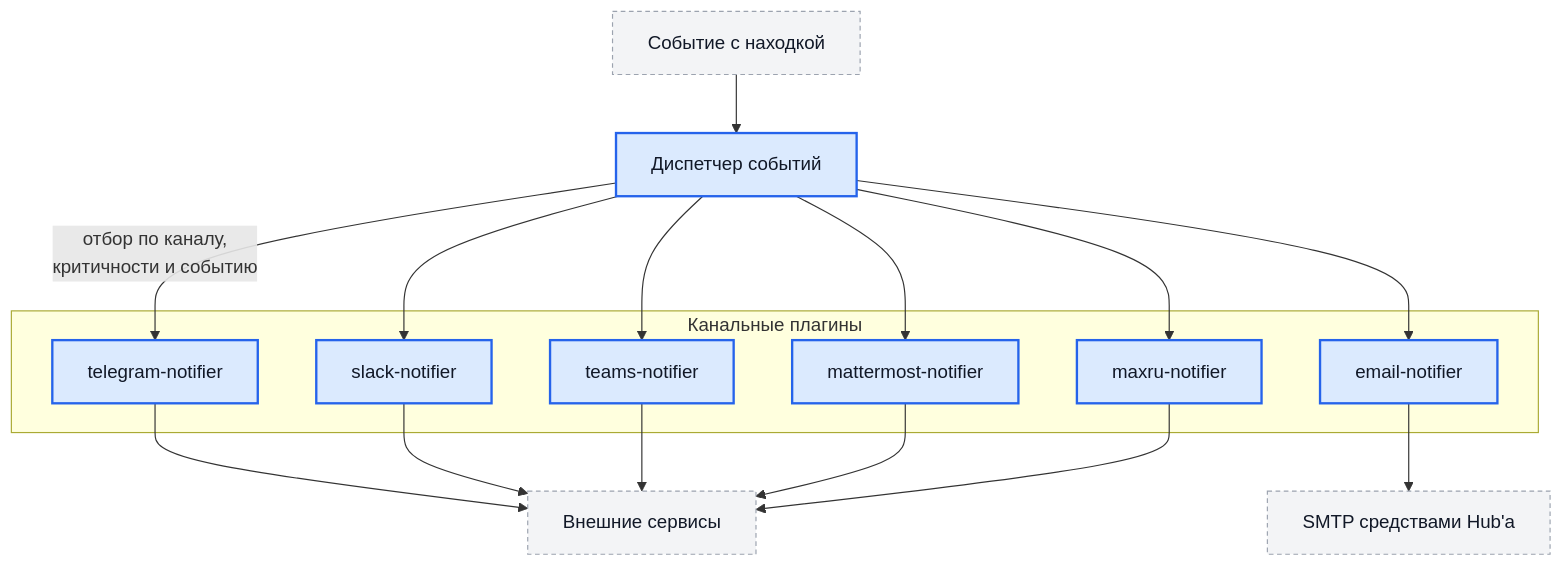
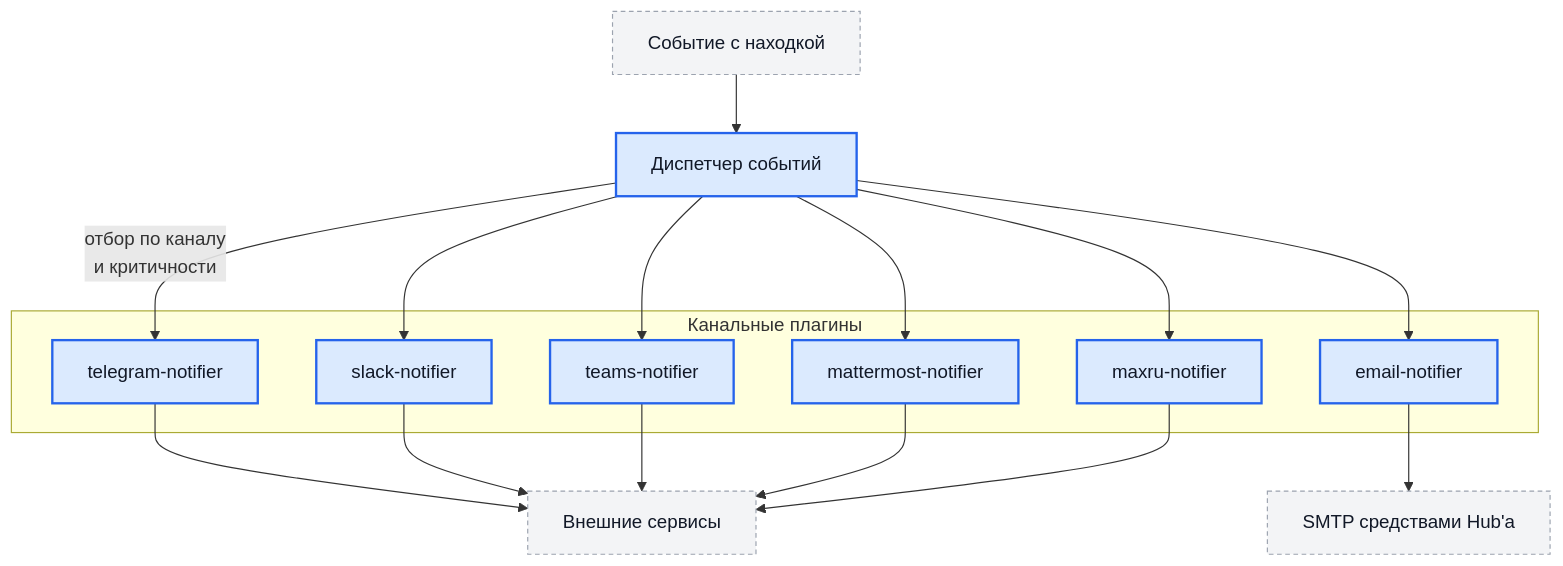
One commit to s3m4rgl/hub-docs changed the diagram in docs/integration-notifications.md. Above: the diagram before and after it, drawn with Mermaid. The commit also changed other lines of this file and 53 other files, not shown here.

````diff
--- a/docs/integration-notifications.md
+++ b/docs/integration-notifications.md
@@ -23,36 +23,36 @@
 ```mermaid
 flowchart TD
     Event["Событие с находкой"]
     Disp["Диспетчер событий"]
 
     subgraph Plugins["Канальные плагины"]
         TG["telegram-notifier"]
         SL["slack-notifier"]
         TM["teams-notifier"]
         MM["mattermost-notifier"]
         MX["maxru-notifier"]
         EM["email-notifier"]
     end
 
     Ext["Внешние сервисы"]
     SMTP["SMTP средствами Hub'а"]
 
     Event --> Disp
-    Disp --> |"отбор по каналу,<br/>критичности и событию"| TG
+    Disp --> |"отбор по каналу<br/>и критичности"| TG
     Disp --> SL
     Disp --> TM
     Disp --> MM
     Disp --> MX
     Disp --> EM
     TG --> Ext
     SL --> Ext
     TM --> Ext
     MM --> Ext
     MX --> Ext
     EM --> SMTP
 
     classDef hub fill:#dbeafe,stroke:#2563eb,stroke-width:2px,color:#111827
     classDef ext fill:#f3f4f6,stroke:#9ca3af,stroke-width:1px,stroke-dasharray:4 3,color:#111827
     class Disp,TG,SL,TM,MM,MX,EM hub
     class Event,Ext,SMTP ext
 ```
````
